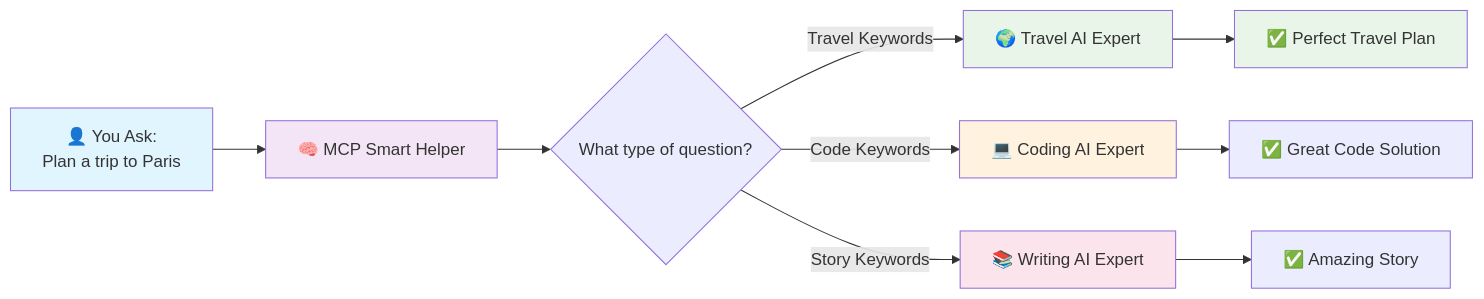
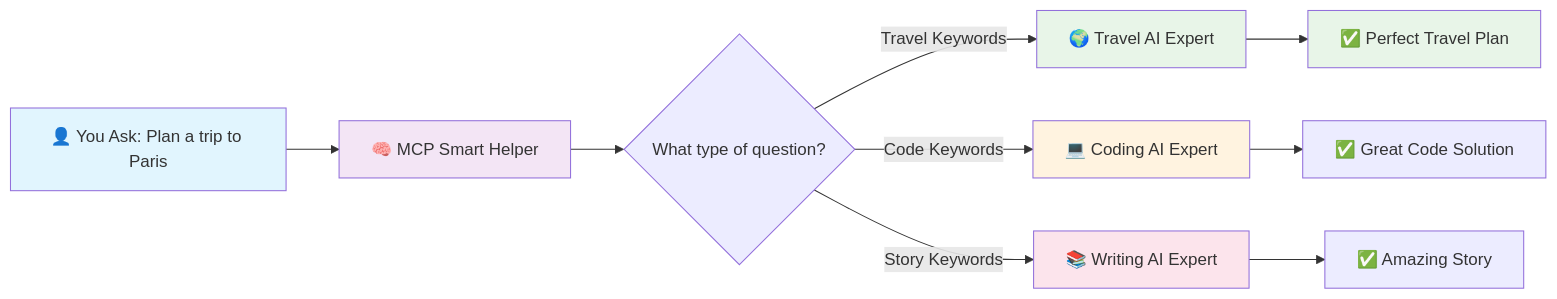
The second of 11 diagrams in MCP-Theory-Guide.md (manikcloud/build-your-own-ai-assistant), drawn with Mermaid before and after one commit. The commit also changed other lines of this file and 3 other files, not shown here.

First line of the commit message:
Fix Mermaid diagram syntax for GitHub compatibility

````diff
--- a/MCP-Theory-Guide.md
+++ b/MCP-Theory-Guide.md
@@ -50,18 +50,18 @@
 ```mermaid
 graph LR
-    A["👤 You Ask:<br/>Plan a trip to Paris"] --> B["🧠 MCP Smart Helper"]
+    A["👤 You Ask: Plan a trip to Paris"] --> B["🧠 MCP Smart Helper"]
     B --> C{"What type of question?"}
     C -->|Travel Keywords| D["🌍 Travel AI Expert"]
     C -->|Code Keywords| E["💻 Coding AI Expert"]
     C -->|Story Keywords| F["📚 Writing AI Expert"]
     D --> G["✅ Perfect Travel Plan"]
     E --> H["✅ Great Code Solution"]
     F --> I["✅ Amazing Story"]
     
     style A fill:#e1f5fe
     style B fill:#f3e5f5
     style D fill:#e8f5e8
     style E fill:#fff3e0
     style F fill:#fce4ec
     style G fill:#e8f5e8
 ```
````
